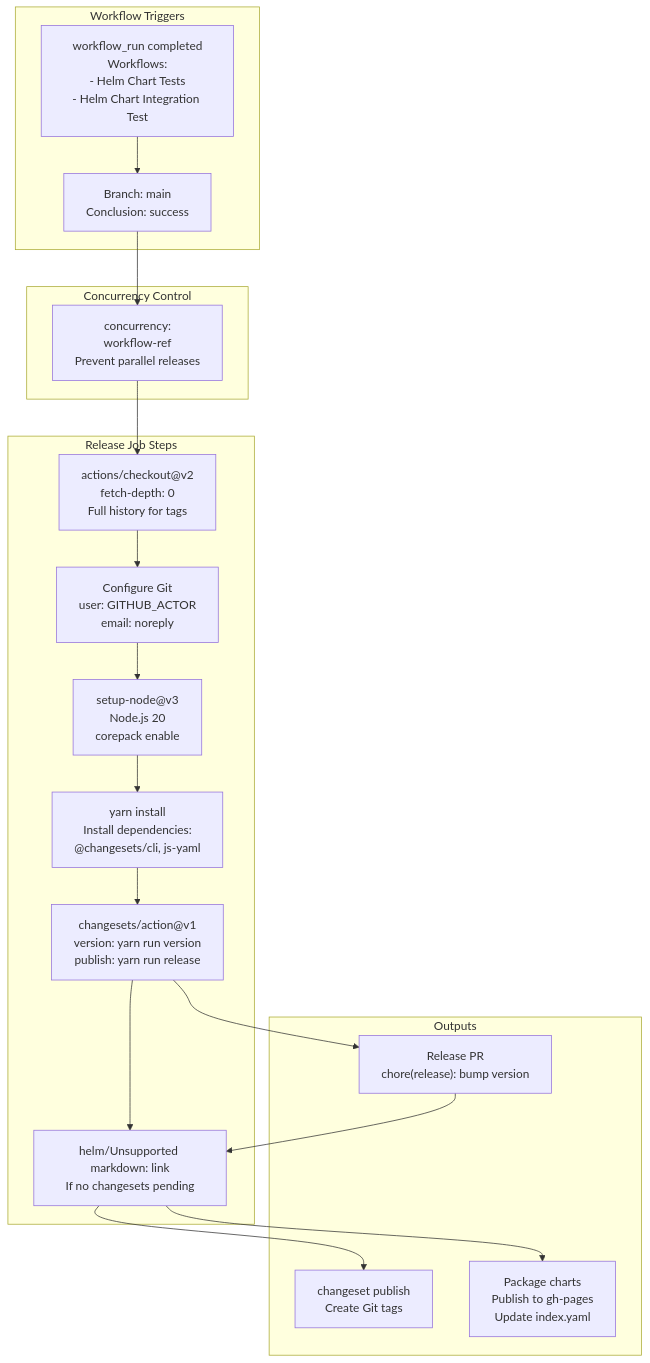
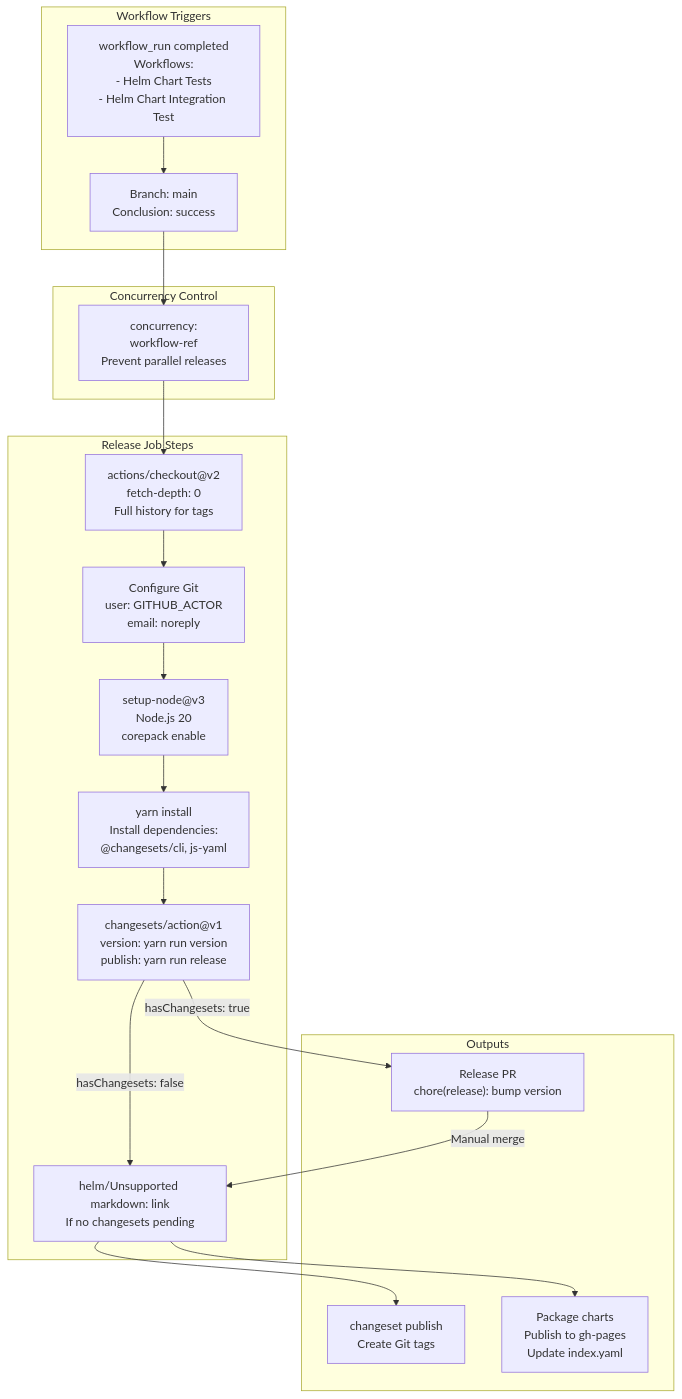
Before and after one commit to openchoreo/openchoreo: the fourth of 7 diagrams in docs/hyperdxio-helm-charts-docs/CI-CD-Pipeline.md, drawn with Mermaid. The commit also changed other lines of this file and 85 other files, not shown here.

Commit message:
feat: Add new workflow and specification templates, update Helm chart dependencies, and clarify documentation diagrams.

````diff
--- a/docs/hyperdxio-helm-charts-docs/CI-CD-Pipeline.md
+++ b/docs/hyperdxio-helm-charts-docs/CI-CD-Pipeline.md
@@ -261,53 +261,53 @@
 ```mermaid
 flowchart TD
 
 TestSuccess["workflow_run completed<br>Workflows:<br>- Helm Chart Tests<br>- Helm Chart Integration Test"]
 BranchCheck["Branch: main<br>Conclusion: success"]
 Concurrency["concurrency:<br>workflow-ref<br>Prevent parallel releases"]
 Checkout["actions/checkout@v2<br>fetch-depth: 0<br>Full history for tags"]
 GitConfig["Configure Git<br>user: GITHUB_ACTOR<br>email: noreply"]
 NodeSetup["setup-node@v3<br>Node.js 20<br>corepack enable"]
 YarnInstall["yarn install<br>Install dependencies:<br>@changesets/cli, js-yaml"]
 ChangesetPR["changesets/action@v1<br>version: yarn run version<br>publish: yarn run release"]
 ChartRelease["helm/Unsupported markdown: link<br>If no changesets pending"]
 VersionPR["Release PR<br>chore(release): bump version"]
 PublishAction["changeset publish<br>Create Git tags"]
 HelmPackage["Package charts<br>Publish to gh-pages<br>Update index.yaml"]
 
 BranchCheck --> Concurrency
 Concurrency --> Checkout
-ChangesetPR --> VersionPR
-VersionPR --> ChartRelease
+ChangesetPR -->|"hasChangesets: true"| VersionPR
+VersionPR -->|"Manual merge"| ChartRelease
 ChartRelease --> PublishAction
 ChartRelease --> HelmPackage
 
 subgraph Outputs ["Outputs"]
     VersionPR
     PublishAction
     HelmPackage
 end
 
 subgraph subGraph2 ["Release Job Steps"]
     Checkout
     GitConfig
     NodeSetup
     YarnInstall
     ChangesetPR
     ChartRelease
     Checkout --> GitConfig
     GitConfig --> NodeSetup
     NodeSetup --> YarnInstall
     YarnInstall --> ChangesetPR
-    ChangesetPR --> ChartRelease
+    ChangesetPR -->|"hasChangesets: false"| ChartRelease
 end
 
 subgraph subGraph1 ["Concurrency Control"]
     Concurrency
 end
 
 subgraph subGraph0 ["Workflow Triggers"]
     TestSuccess
     BranchCheck
     TestSuccess --> BranchCheck
 end
 ```
````
